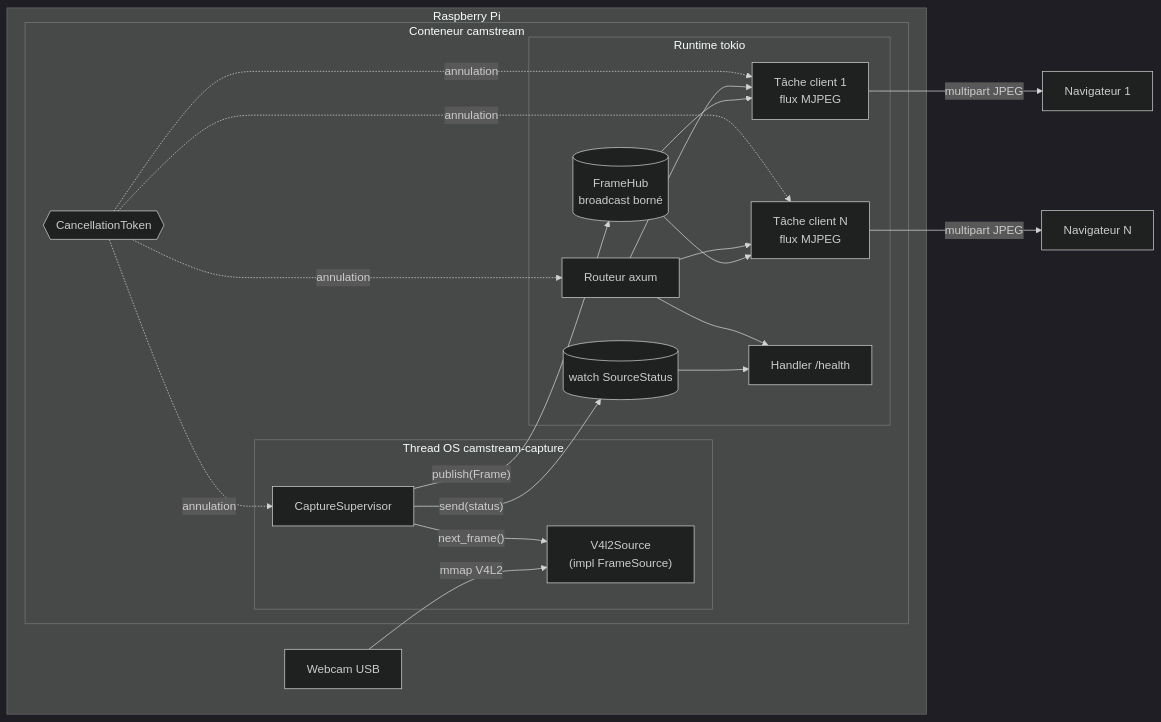
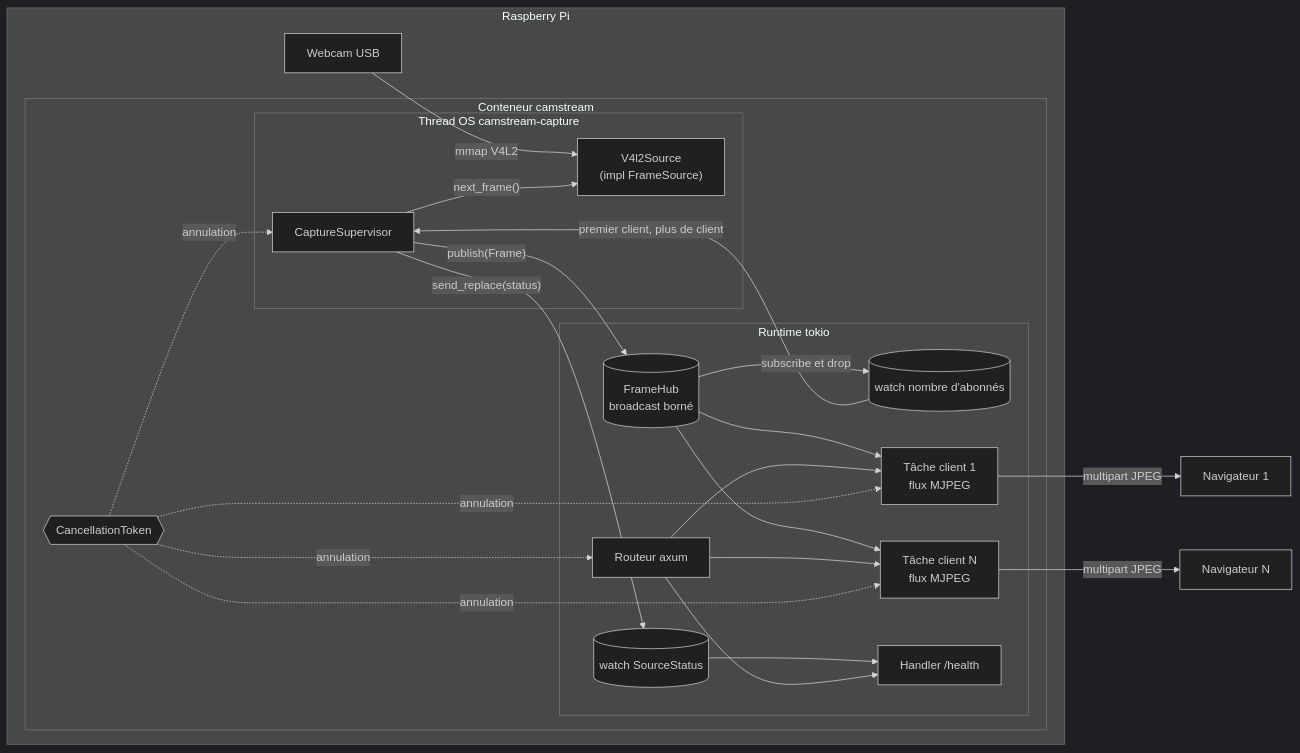
One commit to jprecigout/camstream changed the third of 10 diagrams in docs/architecture.md. Above: the diagram before and after it, drawn with Mermaid (dark theme). The commit also changed other lines of this file and 8 other files, not shown here.

First line of the commit message:
docs(architecture): intégrer les décisions v1 et ajouter les ADR 0006 et 0007

````diff
--- a/docs/architecture.md
+++ b/docs/architecture.md
@@ -121,37 +124,40 @@
 ```mermaid
 flowchart LR
     subgraph Host["Raspberry Pi"]
         Cam["Webcam USB"]
         subgraph Container["Conteneur camstream"]
             subgraph CaptureThread["Thread OS camstream-capture"]
                 Sup["CaptureSupervisor"]
                 Src["V4l2Source<br/>(impl FrameSource)"]
             end
             subgraph Runtime["Runtime tokio"]
                 Hub[("FrameHub<br/>broadcast borné")]
                 Status[("watch SourceStatus")]
+                Demand[("watch nombre d'abonnés")]
                 Router["Routeur axum"]
                 C1["Tâche client 1<br/>flux MJPEG"]
                 C2["Tâche client N<br/>flux MJPEG"]
                 Health["Handler /health"]
             end
             Token{{"CancellationToken"}}
         end
     end
     Cam -->|"mmap V4L2"| Src
     Sup -->|"next_frame()"| Src
     Sup -->|"publish(Frame)"| Hub
-    Sup -->|"send(status)"| Status
+    Sup -->|"send_replace(status)"| Status
+    Hub -->|"subscribe et drop"| Demand
+    Demand -->|"premier client, plus de client"| Sup
     Hub --> C1
     Hub --> C2
     Status --> Health
     Router --> C1
     Router --> C2
     Router --> Health
     Token -.->|"annulation"| Sup
     Token -.->|"annulation"| Router
     Token -.->|"annulation"| C1
     Token -.->|"annulation"| C2
     C1 -->|"multipart JPEG"| B1["Navigateur 1"]
     C2 -->|"multipart JPEG"| B2["Navigateur N"]
 ```
````
